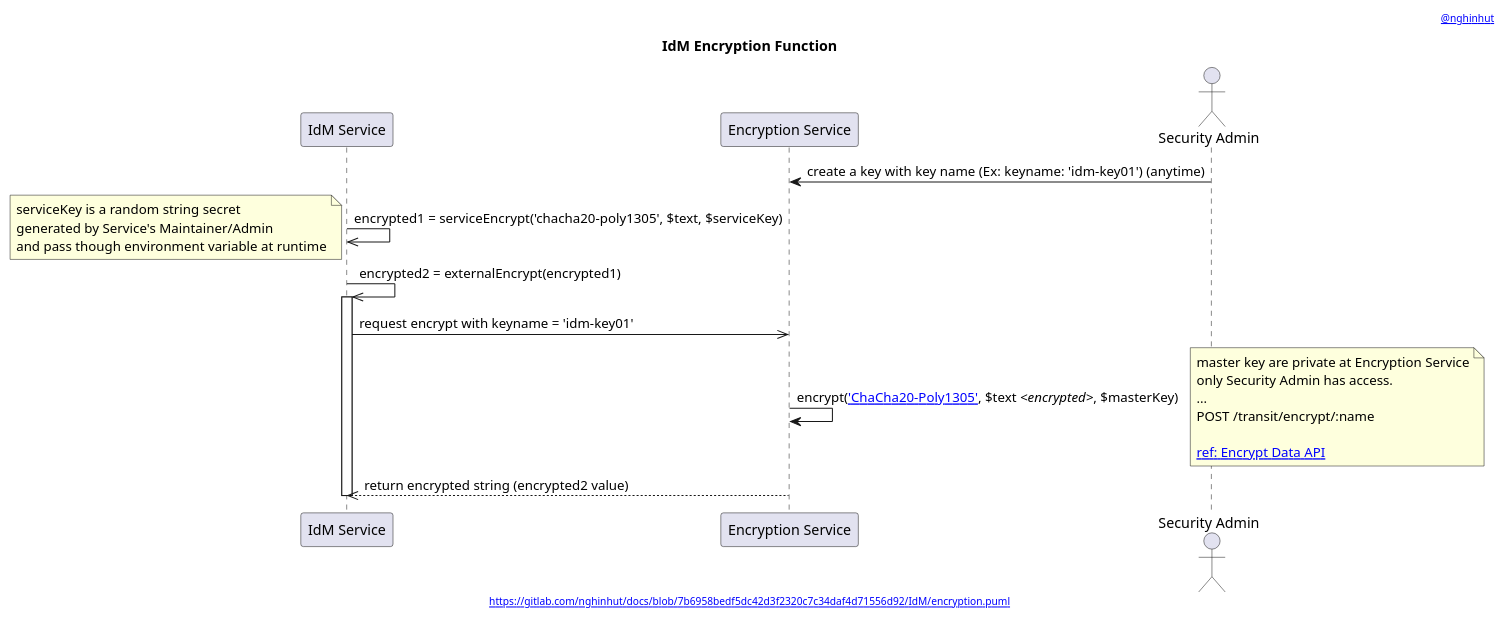
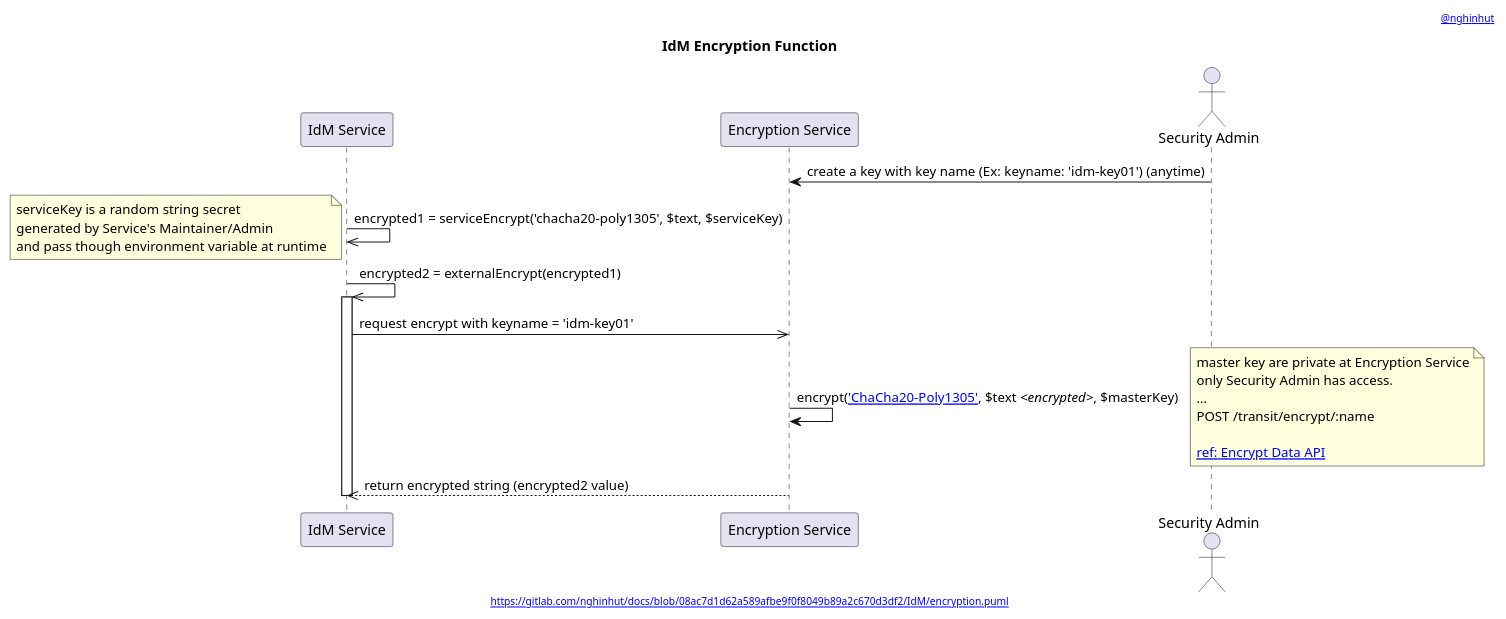
The diagram in IdM/encryption.function.puml (nghinhut/docs), drawn with PlantUML before and after one commit. The commit also changed 23 other files, not shown here.

Commit message:
fix(Diagram links): Update diagram links

```diff
--- a/IdM/encryption.function.puml
+++ b/IdM/encryption.function.puml
@@ -1,35 +1,35 @@
 @startuml
 '-----START auto generated metadata please keep comment here to allow auto update-----
 '-----DON'T EDIT THIS SECTION, INSTEAD RE-RUN prebuild.sh TO UPDATE-----
-header [[https://www.nghinhut.dev?from=http%5C%3A%5C%2F%5C%2Fwww%5C.plantuml%5C.com%5C%2Fplantuml%5C%2Fproxy%3Ffmt%3Dsvg%5C%26src%3Dhttps%5C%3A%5C%2F%5C%2Fgitlab%5C.com%5C%2Fnghinhut%5C%2Fdocs%5C%2Fraw%5C%2F7b6958bedf5dc42d3f2320c7c34daf4d71556d92%5C%2FIdM%5C%2Fencryption%5C.puml%0A @nghinhut]]
-footer [[http://www.plantuml.com/plantuml/proxy?fmt=svg&src=https://gitlab.com/nghinhut/docs/raw/7b6958bedf5dc42d3f2320c7c34daf4d71556d92/IdM/encryption.puml https://gitlab.com/nghinhut/docs/blob/7b6958bedf5dc42d3f2320c7c34daf4d71556d92/IdM/encryption.puml]]
+header [[https://www.nghinhut.dev?from=http%5C%3A%5C%2F%5C%2Fwww%5C.plantuml%5C.com%5C%2Fplantuml%5C%2Fproxy%3Ffmt%3Dsvg%5C%26src%3Dhttps%5C%3A%5C%2F%5C%2Fgitlab%5C.com%5C%2Fnghinhut%5C%2Fdocs%5C%2Fraw%5C%2F08ac7d1d62a589afbe9f0f8049b89a2c670d3df2%5C%2FIdM%5C%2Fencryption%5C.puml%0A @nghinhut]]
+footer [[http://www.plantuml.com/plantuml/proxy?fmt=svg&src=https://gitlab.com/nghinhut/docs/raw/08ac7d1d62a589afbe9f0f8049b89a2c670d3df2/IdM/encryption.puml https://gitlab.com/nghinhut/docs/blob/08ac7d1d62a589afbe9f0f8049b89a2c670d3df2/IdM/encryption.puml]]
 '-----END auto generated metadata please keep comment here to allow auto update-----
 title IdM Encryption Function
 participant "IdM Service" as idm
 participant "Encryption Service" as es
 actor "Security Admin" as esAdmin
 
 es <- esAdmin : create a key with key name (Ex: keyname: 'idm-key01') (anytime)
 
 idm ->> idm : encrypted1 = serviceEncrypt('chacha20-poly1305', $text, $serviceKey)
 note left
     serviceKey is a random string secret
     generated by Service's Maintainer/Admin
     and pass though environment variable at runtime
 end note
 
 idm ->> idm : encrypted2 = externalEncrypt(encrypted1)
 activate idm
     idm ->> es : request encrypt with keyname = 'idm-key01'
         es -> es : encrypt([[https://www.vaultproject.io/docs/secrets/transit/index.html#chacha20-poly1305{ChaCha20-Poly1305 with a 256-bit key} 'ChaCha20-Poly1305']], $text //<encrypted>//, $masterKey)
         note right
             master key are private at Encryption Service
             only Security Admin has access.
             ...
             POST /transit/encrypt/:name
 
             [[https://www.vaultproject.io/api/secret/transit/index.html#encrypt-data ref: Encrypt Data API]]
         end note
     idm <<-- es : return encrypted string (encrypted2 value)
 deactivate idm
 @enduml
```
